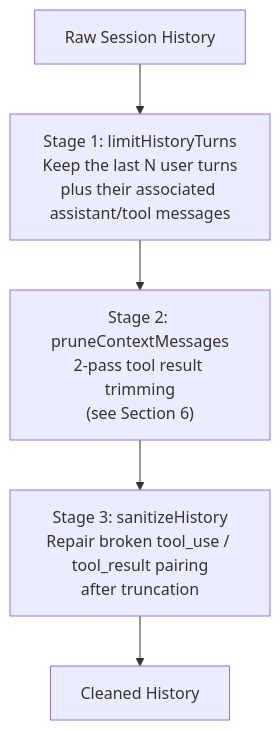
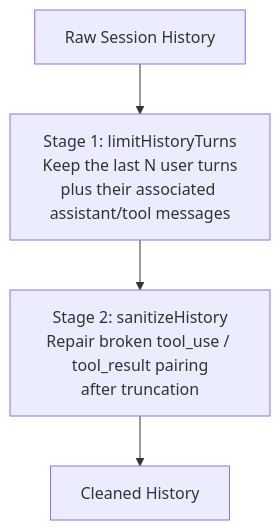
The fourth of 10 diagrams in docs/01-agent-loop.md (qkhalk/goclaw), drawn with Mermaid before and after one commit. The commit also changed other lines of this file and 25 other files, not shown here.

````diff
--- a/docs/01-agent-loop.md
+++ b/docs/01-agent-loop.md
@@ -403,7 +404,6 @@
 ```mermaid
 flowchart TD
     RAW[Raw Session History] --> S1
     S1["Stage 1: limitHistoryTurns<br/>Keep the last N user turns<br/>plus their associated assistant/tool messages"] --> S2
-    S2["Stage 2: pruneContextMessages<br/>2-pass tool result trimming<br/>(see Section 6)"] --> S3
-    S3["Stage 3: sanitizeHistory<br/>Repair broken tool_use / tool_result pairing<br/>after truncation"] --> OUT[Cleaned History]
+    S2["Stage 2: sanitizeHistory<br/>Repair broken tool_use / tool_result pairing<br/>after truncation"] --> OUT[Cleaned History]
 ```
````
